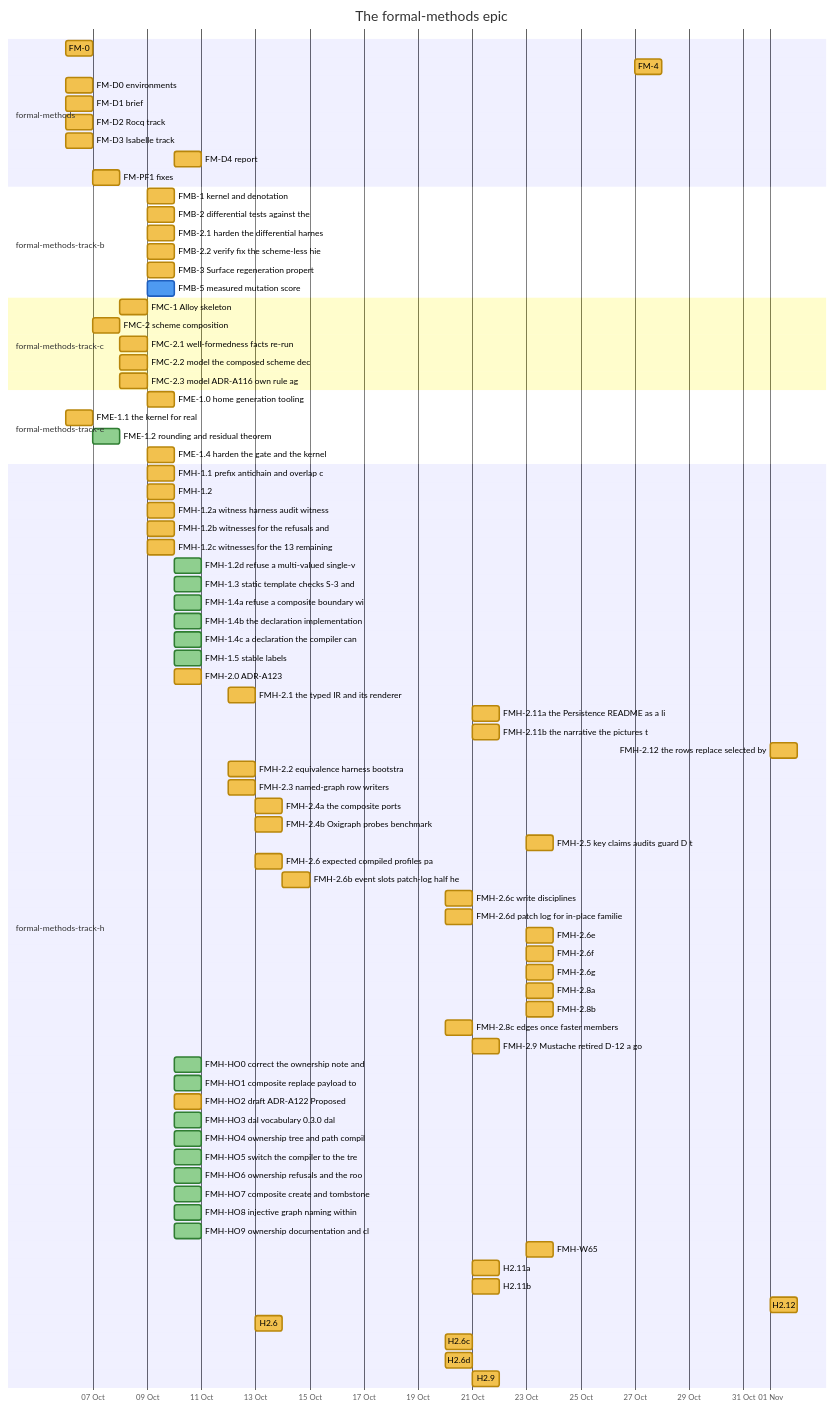
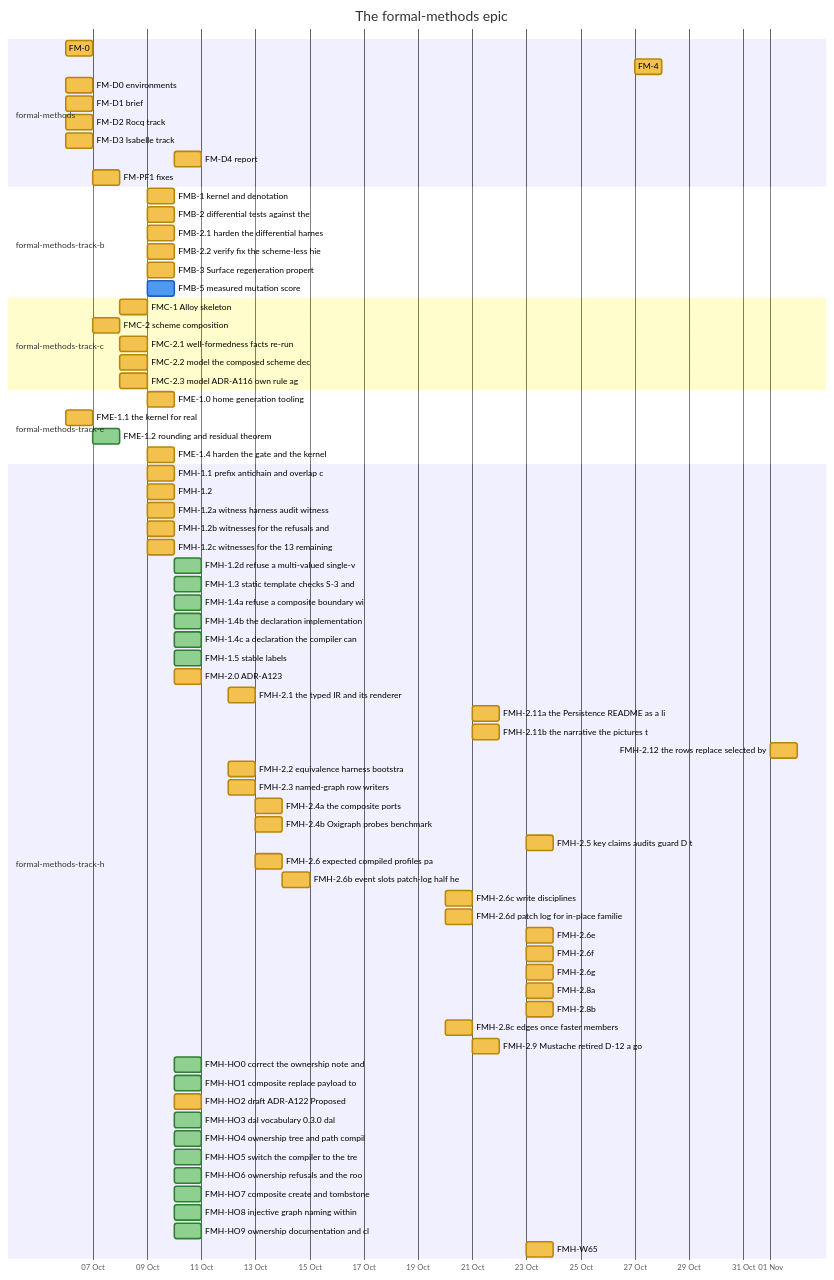
The third of 25 diagrams in docs/developer/ROADMAP.md (nebularis/lattice), drawn with Mermaid before and after one commit. The commit also changed other lines of this file and 4 other files, not shown here.

````diff
--- a/docs/developer/ROADMAP.md
+++ b/docs/developer/ROADMAP.md
@@ -182,11 +182,4 @@
     FMH-HO8 injective graph naming within :done, fmhho8, 2026-10-10, 2026-10-11
     FMH-HO9 ownership documentation and cl :done, fmhho9, 2026-10-10, 2026-10-11
     FMH-W65 :fmhw65, 2026-10-23, 2026-10-24
-    H2.11a :h211a, 2026-10-21, 2026-10-22
-    H2.11b :h211b, 2026-10-21, 2026-10-22
-    H2.12 :h212, 2026-11-01, 2026-11-02
-    H2.6 :h26, 2026-10-13, 2026-10-14
-    H2.6c :h26c, 2026-10-20, 2026-10-21
-    H2.6d :h26d, 2026-10-20, 2026-10-21
-    H2.9 :h29, 2026-10-21, 2026-10-22
 ```
````
